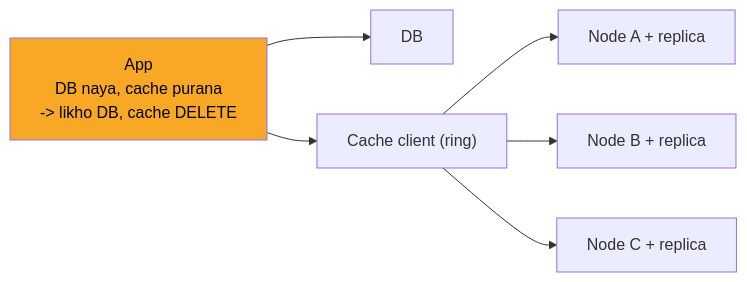
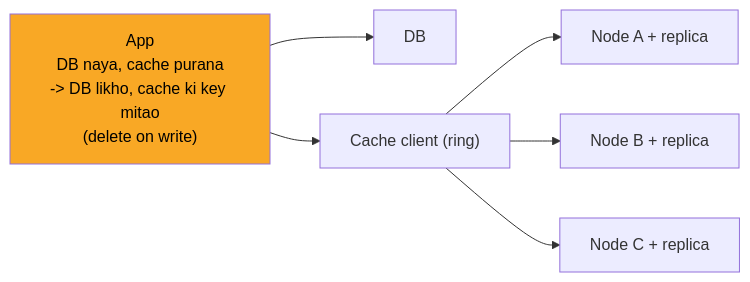
Before and after one commit to ArpanMaheshwari144/Prep: the fifth of 8 diagrams in 04_HLD/SYSTEM_DESIGNS/10_distributed_cache/10_distributed_cache.md, drawn with Mermaid. The commit also changed other lines of this file and 13 other files, not shown here.

````diff
--- a/04_HLD/SYSTEM_DESIGNS/10_distributed_cache/10_distributed_cache.md
+++ b/04_HLD/SYSTEM_DESIGNS/10_distributed_cache/10_distributed_cache.md
@@ -207,15 +207,15 @@
 ```mermaid
 flowchart LR
-    n_App["App<br/>DB naya, cache purana<br/>-> likho DB, cache DELETE"]
+    n_App["App<br/>DB naya, cache purana<br/>-> DB likho, cache ki key mitao<br/>(delete on write)"]
     n_DB["DB"]
     n_Cache_client["Cache client (ring)"]
     n_Node_A_replica["Node A + replica"]
     n_Node_B_replica["Node B + replica"]
     n_Node_C_replica["Node C + replica"]
     n_App --> n_DB
     n_App --> n_Cache_client
     n_Cache_client --> n_Node_A_replica
     n_Cache_client --> n_Node_B_replica
     n_Cache_client --> n_Node_C_replica
     style n_App fill:#f9a825,color:#000
 ```
````
